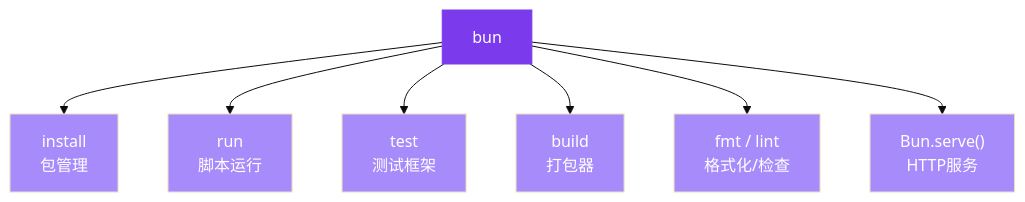
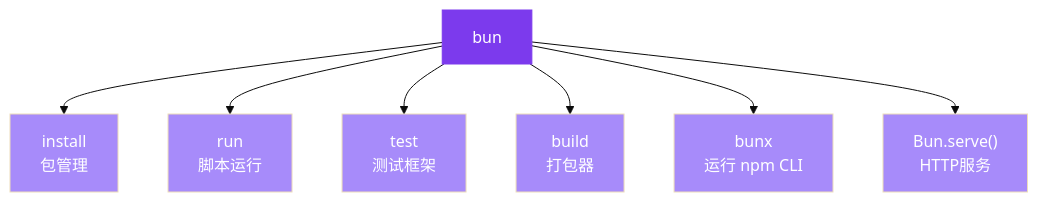
One commit to before80/prgms changed the second of 2 diagrams in content/Js/tools/bun/Chapter-01-What-is-Bun.md. Above: the diagram before and after it, drawn with Mermaid (base theme). The commit also changed other lines of this file and 4787 other files, not shown here.

````diff
--- a/content/Js/tools/bun/Chapter-01-What-is-Bun.md
+++ b/content/Js/tools/bun/Chapter-01-What-is-Bun.md
@@ -215,17 +216,17 @@
 ```mermaid
 graph TD
     A["bun"] --> B["install<br/>包管理"]
     A --> C["run<br/>脚本运行"]
     A --> D["test<br/>测试框架"]
     A --> E["build<br/>打包器"]
-    A --> F["fmt / lint<br/>格式化/检查"]
+    A --> F["bunx<br/>运行 npm CLI"]
     A --> G["Bun.serve()<br/>HTTP服务"]
     
     style A fill:#7c3aed,color:#fff,stroke:#7c3aed
     style B fill:#a78bfa,color:#fff
     style C fill:#a78bfa,color:#fff
     style D fill:#a78bfa,color:#fff
     style E fill:#a78bfa,color:#fff
     style F fill:#a78bfa,color:#fff
     style G fill:#a78bfa,color:#fff
 ```
````
